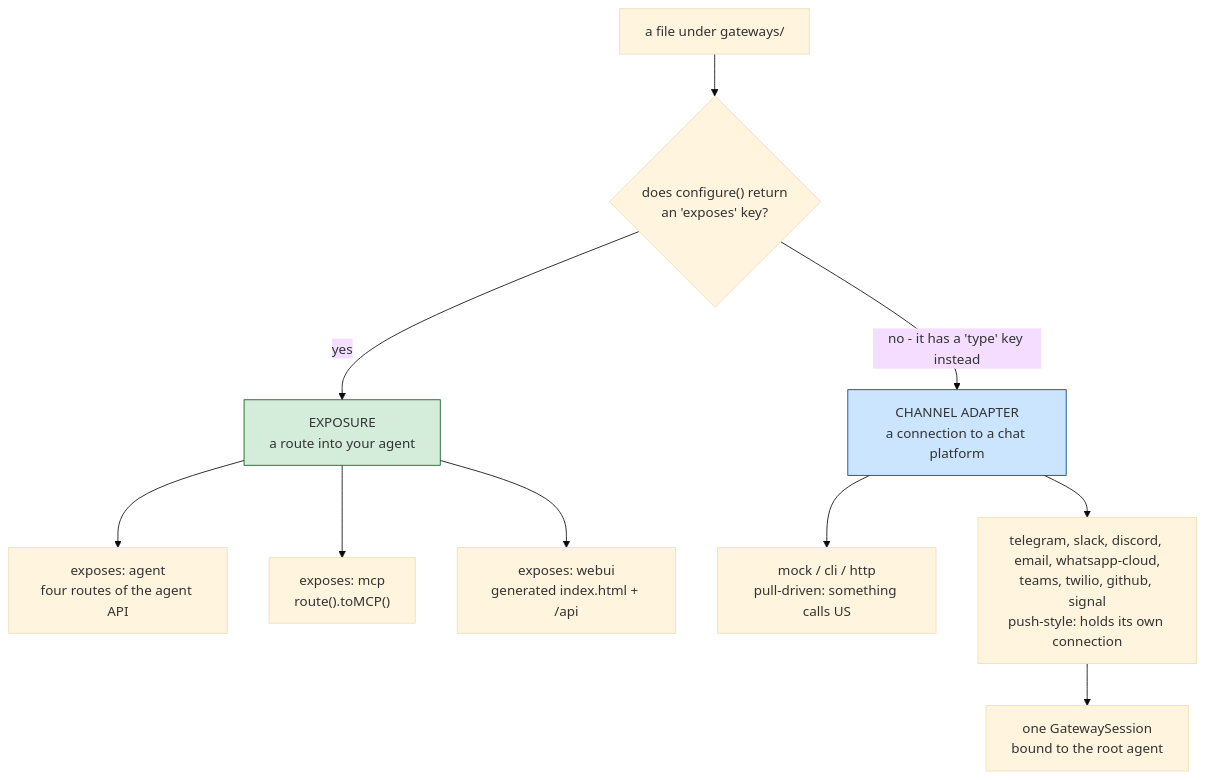
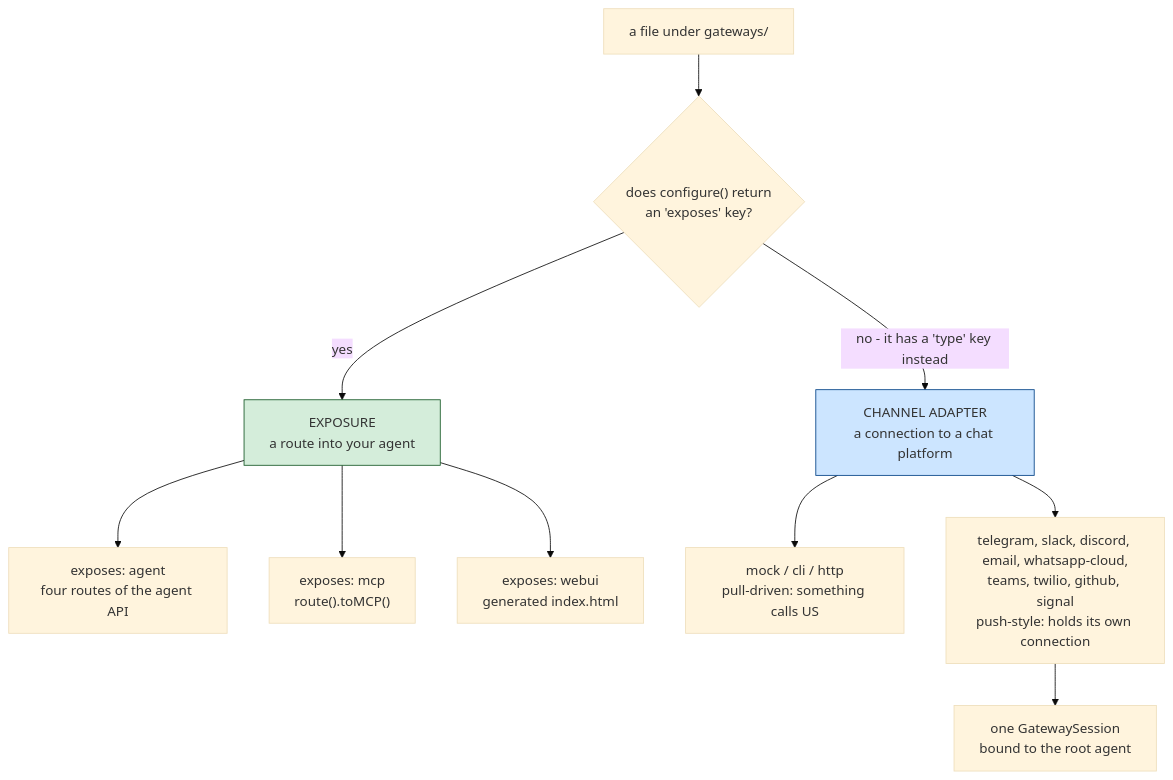
The first of 2 diagrams in docs/versions/1.0.x/conventions/gateways/index.md (ortus-boxlang/bx-agents), drawn with Mermaid (base theme) before and after one commit. The commit also changed other lines of this file and 180 other files, not shown here.

````diff
--- a/docs/versions/1.0.x/conventions/gateways/index.md
+++ b/docs/versions/1.0.x/conventions/gateways/index.md
@@ -16,15 +16,15 @@
 ```mermaid
 flowchart TD
     F["a file under gateways/"] --> Q{"does configure() return<br/>an 'exposes' key?"}
     Q -->|"yes"| E["EXPOSURE<br/>a route into your agent"]
     Q -->|"no - it has a 'type' key instead"| C["CHANNEL ADAPTER<br/>a connection to a chat platform"]
     E --> E1["exposes: agent<br/>four routes of the agent API"]
     E --> E2["exposes: mcp<br/>route().toMCP()"]
-    E --> E3["exposes: webui<br/>generated index.html + /api"]
+    E --> E3["exposes: webui<br/>generated index.html"]
     C --> C1["mock / cli / http<br/>pull-driven: something calls US"]
     C --> C2["telegram, slack, discord, email, whatsapp-cloud,<br/>teams, twilio, github, signal<br/>push-style: holds its own connection"]
     C2 --> S["one GatewaySession<br/>bound to the root agent"]
 
     style E fill:#d4edda,stroke:#155724
     style C fill:#cce5ff,stroke:#004085
 ```
````
